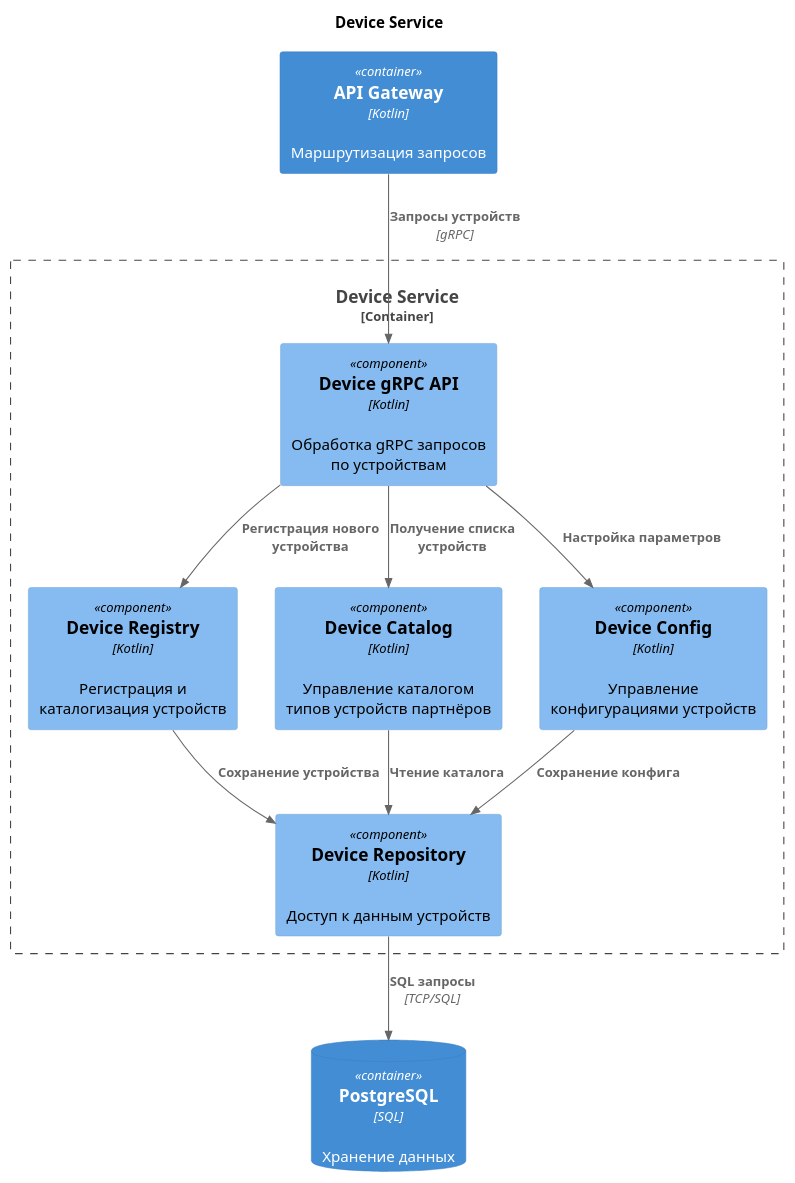
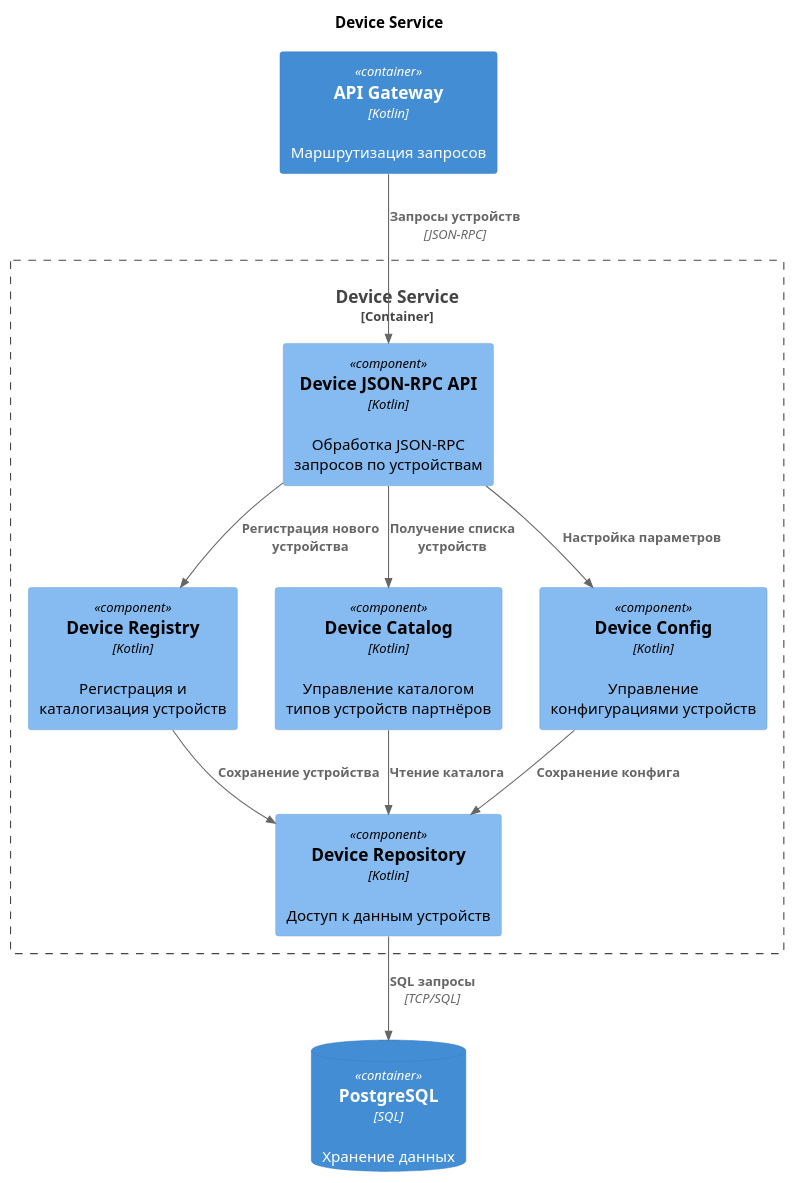
The diagram in uml/components/ToBeComponentsLairDeviceService.puml (svNikitij/architecture-warmhouse-docs), drawn with PlantUML before and after one commit. The commit also changed 8 other files, not shown here.

```diff
--- a/uml/components/ToBeComponentsLairDeviceService.puml
+++ b/uml/components/ToBeComponentsLairDeviceService.puml
@@ -1,26 +1,26 @@
 @startuml
 title Device Service
 
 !includeurl https://raw.githubusercontent.com/RicardoNiepel/C4-PlantUML/master/C4_Component.puml
 
 Container(api_gateway, "API Gateway", "Kotlin", "Маршрутизация запросов")
 ContainerDb(postgres, "PostgreSQL", "SQL", "Хранение данных")
 
 Container_Boundary(device_service_boundary, "Device Service") {
-    Component(device_grpc_api, "Device gRPC API", "Kotlin", "Обработка gRPC запросов по устройствам")
+    Component(device_RPC_api, "Device JSON-RPC API", "Kotlin", "Обработка JSON-RPC запросов по устройствам")
     Component(device_registry, "Device Registry", "Kotlin", "Регистрация и каталогизация устройств")
     Component(device_catalog, "Device Catalog", "Kotlin", "Управление каталогом типов устройств партнёров")
     Component(device_config, "Device Config", "Kotlin", "Управление конфигурациями устройств")
     Component(device_repository, "Device Repository", "Kotlin", "Доступ к данным устройств")
 }
 
-Rel(device_grpc_api, device_registry, "Регистрация нового устройства")
-Rel(device_grpc_api, device_catalog, "Получение списка устройств")
-Rel(device_grpc_api, device_config, "Настройка параметров")
+Rel(device_RPC_api, device_registry, "Регистрация нового устройства")
+Rel(device_RPC_api, device_catalog, "Получение списка устройств")
+Rel(device_RPC_api, device_config, "Настройка параметров")
 Rel(device_registry, device_repository, "Сохранение устройства")
 Rel(device_catalog, device_repository, "Чтение каталога")
 Rel(device_config, device_repository, "Сохранение конфига")
 Rel(device_repository, postgres, "SQL запросы", "TCP/SQL")
 
-Rel(api_gateway, device_grpc_api, "Запросы устройств", "gRPC")
+Rel(api_gateway, device_RPC_api, "Запросы устройств", "JSON-RPC")
 @enduml
```
